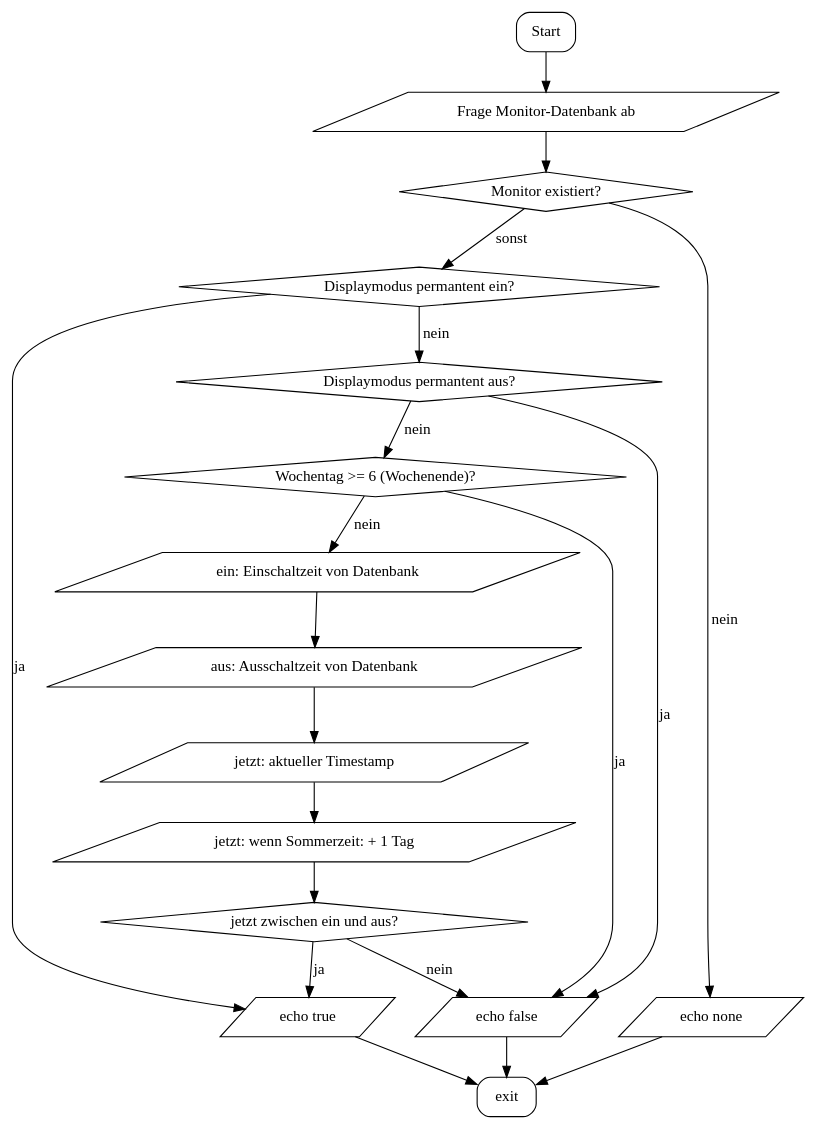
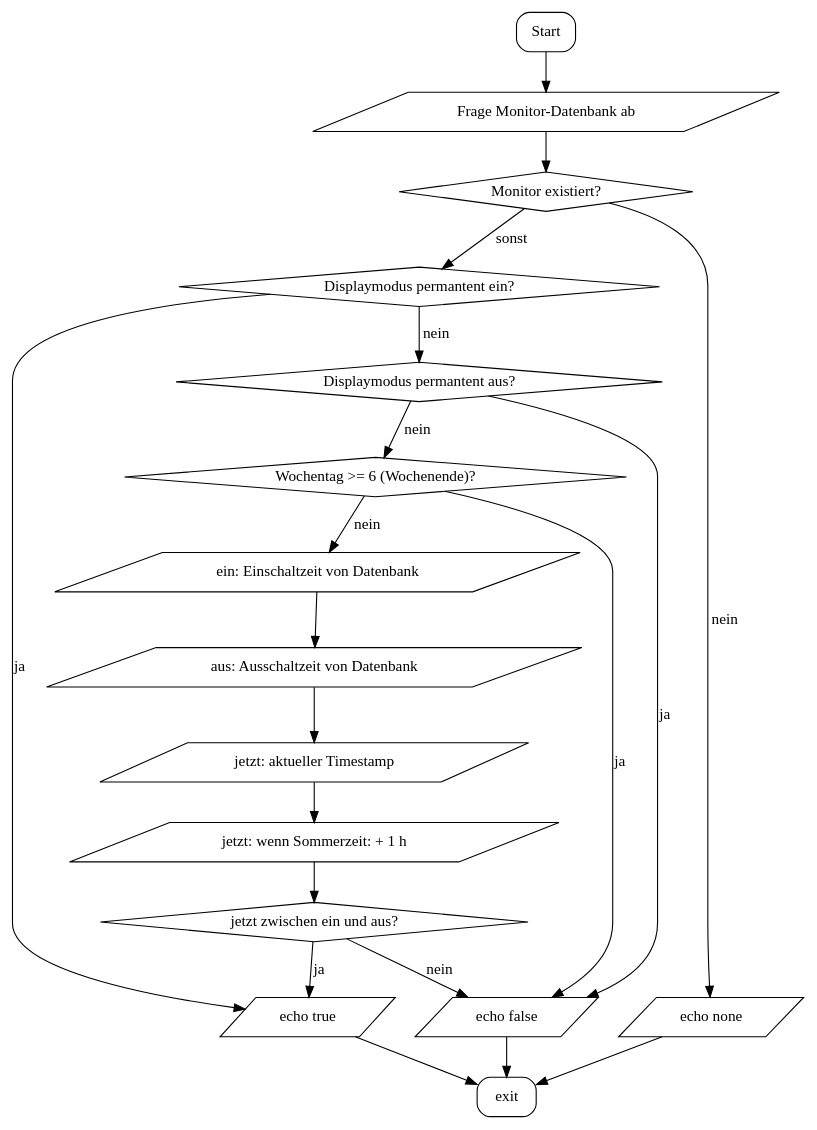
The diagram in images/flowcharts/display.dot (SIS-Team/SIS-Doc), drawn with Graphviz before and after one commit.

Commit message:
yeah right, daylight-saving-time means 1 days more

```diff
--- a/images/flowcharts/display.dot
+++ b/images/flowcharts/display.dot
@@ -1,37 +1,37 @@
 digraph flowchart {
 	rankdir=TB;
 
 	Start[shape="box", style=rounded];
 	"exit"[shape="box", style=rounded];
 	"Monitor existiert?"[shape="diamond", style=""];
 	"Displaymodus permantent ein?"[shape="diamond", style=""];
 	"Displaymodus permantent aus?"[shape="diamond", style=""];
 	"Wochentag >= 6 (Wochenende)?"[shape="diamond", style=""];
 	"jetzt zwischen ein und aus?"[shape="diamond", style=""];
 	
 	node[shape="parallelogram", style=""]
 	
 	Start -> "Frage Monitor-Datenbank ab";
 	
 	"Frage Monitor-Datenbank ab" -> "Monitor existiert?";
 	"Monitor existiert?" -> "echo none"[label="nein"];
 	"Monitor existiert?" -> "Displaymodus permantent ein?"[label="sonst"];
 	"Displaymodus permantent ein?" -> "echo true"[label="ja"];
 	"Displaymodus permantent ein?" -> "Displaymodus permantent aus?"[label="nein"];
 	"Displaymodus permantent aus?" -> "echo false"[label="ja"];
 	"Displaymodus permantent aus?" -> "Wochentag >= 6 (Wochenende)?"[label="nein"];
 	"Wochentag >= 6 (Wochenende)?" -> "echo false"[label="ja"];
 	"Wochentag >= 6 (Wochenende)?" -> "ein: Einschaltzeit von Datenbank"[label="nein"];
 	"ein: Einschaltzeit von Datenbank" -> "aus: Ausschaltzeit von Datenbank";
 	"aus: Ausschaltzeit von Datenbank" -> "jetzt: aktueller Timestamp";
-	"jetzt: aktueller Timestamp" -> "jetzt: wenn Sommerzeit: + 1 Tag";
-	"jetzt: wenn Sommerzeit: + 1 Tag" -> "jetzt zwischen ein und aus?";
+	"jetzt: aktueller Timestamp" -> "jetzt: wenn Sommerzeit: + 1 h";
+	"jetzt: wenn Sommerzeit: + 1 h" -> "jetzt zwischen ein und aus?";
 	"jetzt zwischen ein und aus?" -> "echo true"[label="ja"];
 	"jetzt zwischen ein und aus?" -> "echo false"[label="nein"];
 	
 	"echo none" -> "exit";
 	"echo true" -> "exit";
 	"echo false" -> "exit";
 	
 	{rank=same; "echo none" "echo true" "echo false"}
 }
```
